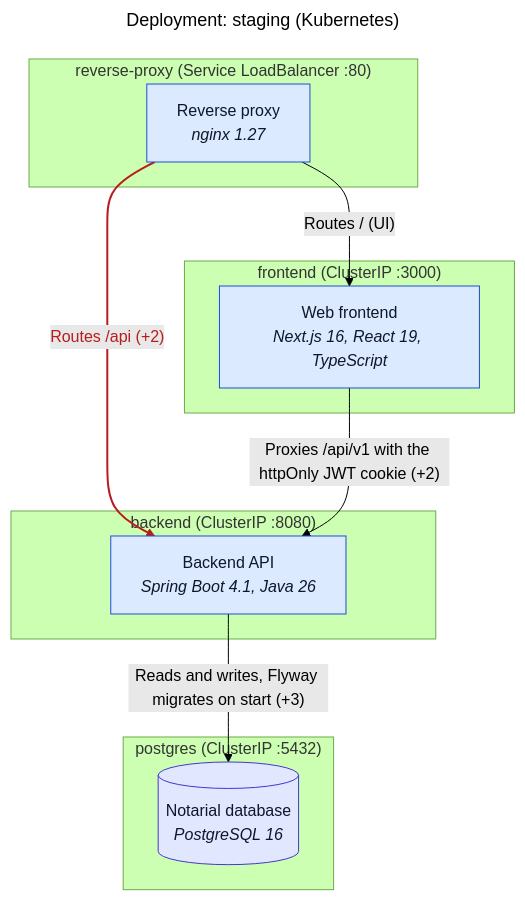
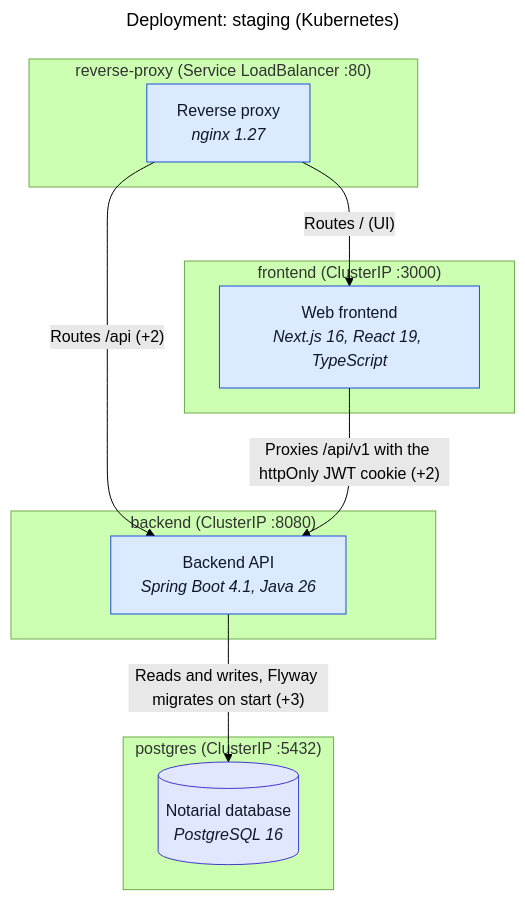
Before and after one commit to matiaspakua/notaire: the diagram in docs/200-architecture/210-architecture-model/generated/mermaid/staging.mmd, drawn with Mermaid (forest theme). The commit also changed 10 other files, not shown here.

First line of the commit message:
docs(architecture): the model and docs record #2484, #2487 and #2488 as fixed

```diff
--- a/docs/200-architecture/210-architecture-model/generated/mermaid/staging.mmd
+++ b/docs/200-architecture/210-architecture-model/generated/mermaid/staging.mmd
@@ -1,25 +1,24 @@
 ---
 title: "Deployment: staging (Kubernetes)"
 ---
 flowchart TB
   subgraph staging_cluster_proxyPod["reverse-proxy (Service LoadBalancer :80)"]
     staging_cluster_proxyPod_ingress["Reverse proxy<br/><i>nginx 1.27</i>"]
   end
   subgraph staging_cluster_fePod["frontend (ClusterIP :3000)"]
     staging_cluster_fePod_frontend["Web frontend<br/><i>Next.js 16, React 19, TypeScript</i>"]
   end
   subgraph staging_cluster_bePod["backend (ClusterIP :8080)"]
     staging_cluster_bePod_backend["Backend API<br/><i>Spring Boot 4.1, Java 26</i>"]
   end
   subgraph staging_cluster_pgPod["postgres (ClusterIP :5432)"]
     staging_cluster_pgPod_database[("Notarial database<br/><i>PostgreSQL 16</i>")]
   end
   staging_cluster_proxyPod_ingress -- "Routes / (UI)" --> staging_cluster_fePod_frontend
   staging_cluster_proxyPod_ingress -- "Routes /api (+2)" --> staging_cluster_bePod_backend
   staging_cluster_fePod_frontend -- "Proxies /api/v1 with the httpOnly JWT cookie (+2)" --> staging_cluster_bePod_backend
   staging_cluster_bePod_backend -- "Reads and writes, Flyway migrates on start (+3)" --> staging_cluster_pgPod_database
   classDef c_primary fill:#dbeafe,stroke:#1d4ed8,color:#0f172a
   classDef c_indigo fill:#e0e7ff,stroke:#4338ca,color:#0f172a
   class staging_cluster_proxyPod_ingress,staging_cluster_fePod_frontend,staging_cluster_bePod_backend c_primary
   class staging_cluster_pgPod_database c_indigo
-  linkStyle 1 stroke:#b91c1c,stroke-width:2px,color:#b91c1c
```
